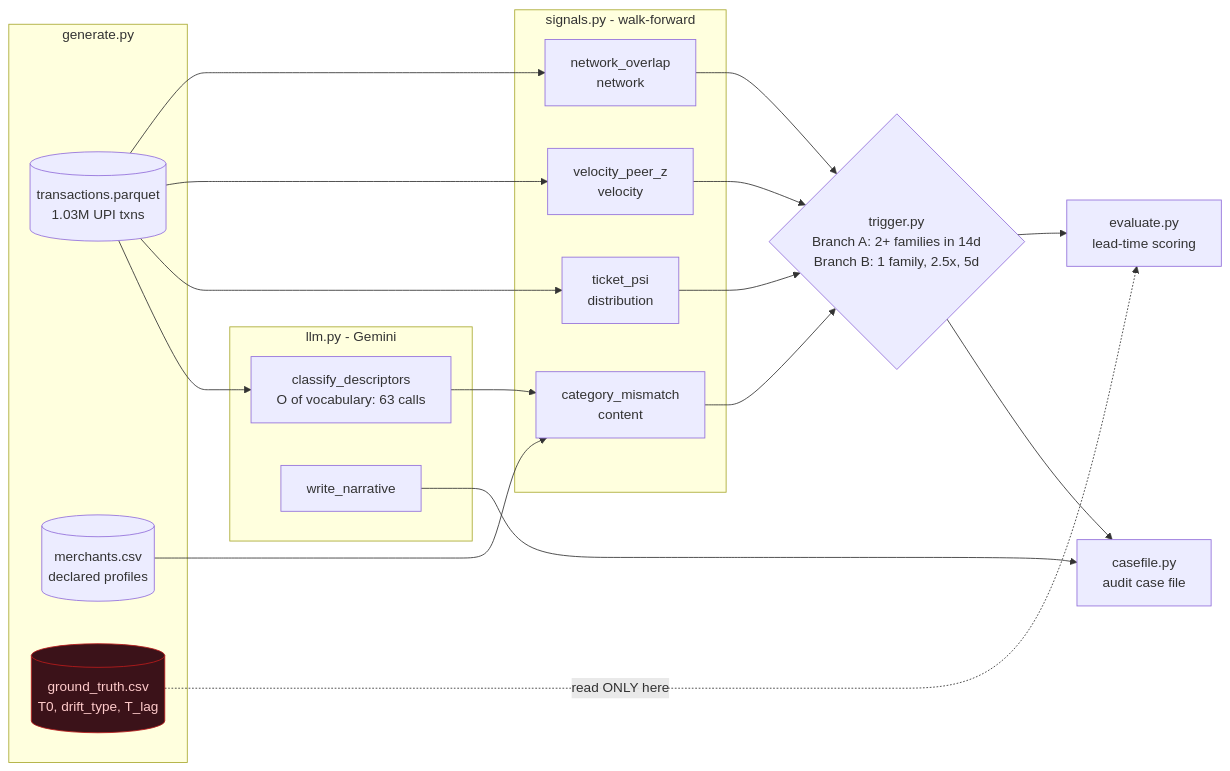
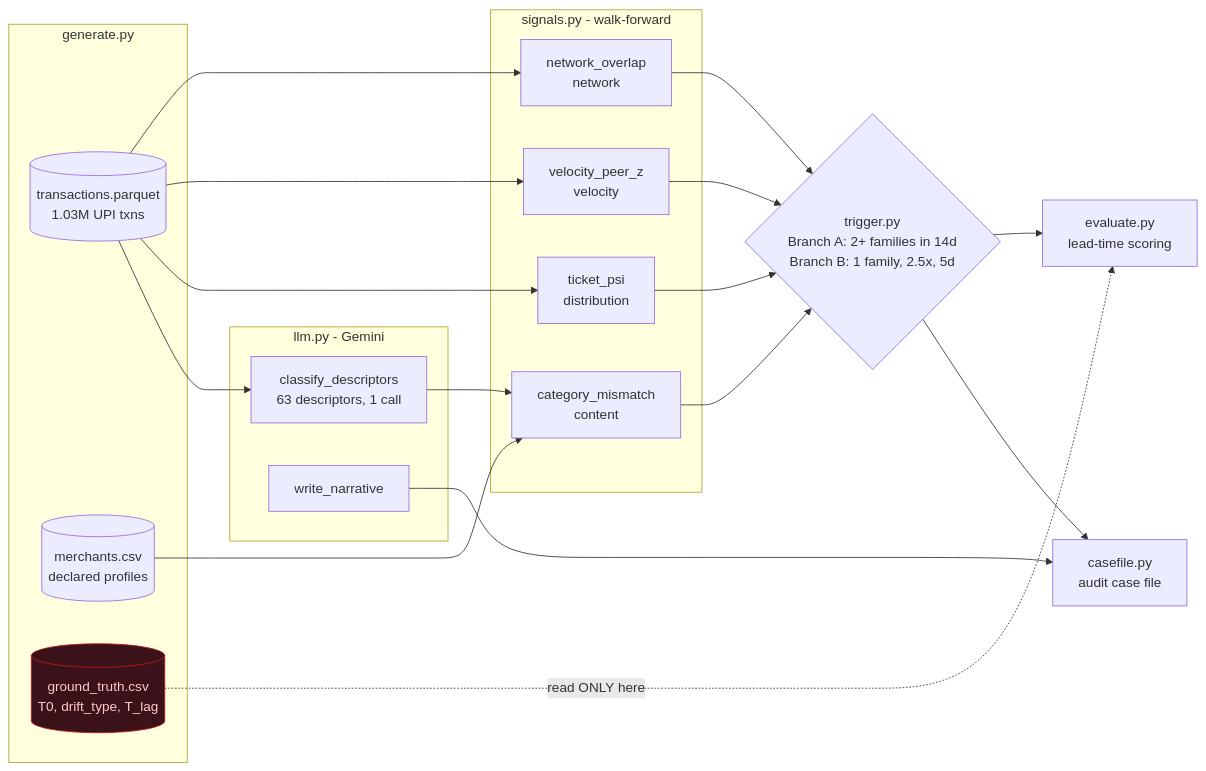
The diagram in README.md (Nithin2511/DriftWatch-Continuous-merchant-drift-detection-for-Indian-payment-aggregators), drawn with Mermaid before and after one commit. The commit also changed other lines of this file and 8 other files, not shown here.

````diff
--- a/README.md
+++ b/README.md
@@ -301,42 +317,42 @@
 ```mermaid
 flowchart LR
   subgraph GEN [generate.py]
     TXN[(transactions.parquet<br/>1.03M UPI txns)]
     MER[(merchants.csv<br/>declared profiles)]
     GT[(ground_truth.csv<br/>T0, drift_type, T_lag)]
   end
 
   subgraph LLMS [llm.py - Gemini]
-    CLS[classify_descriptors<br/>O of vocabulary: 63 calls]
+    CLS[classify_descriptors<br/>63 descriptors, 1 call]
     NAR[write_narrative]
   end
 
   subgraph SIG [signals.py - walk-forward]
     S1[category_mismatch<br/>content]
     S2[ticket_psi<br/>distribution]
     S3[velocity_peer_z<br/>velocity]
     S4[network_overlap<br/>network]
   end
 
   TRG{trigger.py<br/>Branch A: 2+ families in 14d<br/>Branch B: 1 family, 2.5x, 5d}
   CASE[casefile.py<br/>audit case file]
   EVAL[evaluate.py<br/>lead-time scoring]
 
   TXN --> CLS
   CLS --> S1
   MER --> S1
   TXN --> S2
   TXN --> S3
   TXN --> S4
   S1 --> TRG
   S2 --> TRG
   S3 --> TRG
   S4 --> TRG
   TRG --> CASE
   NAR --> CASE
   TRG --> EVAL
   GT -. read ONLY here .-> EVAL
 
   classDef truth fill:#3b1219,stroke:#b91c1c,color:#fecaca
   class GT truth
 ```
````
